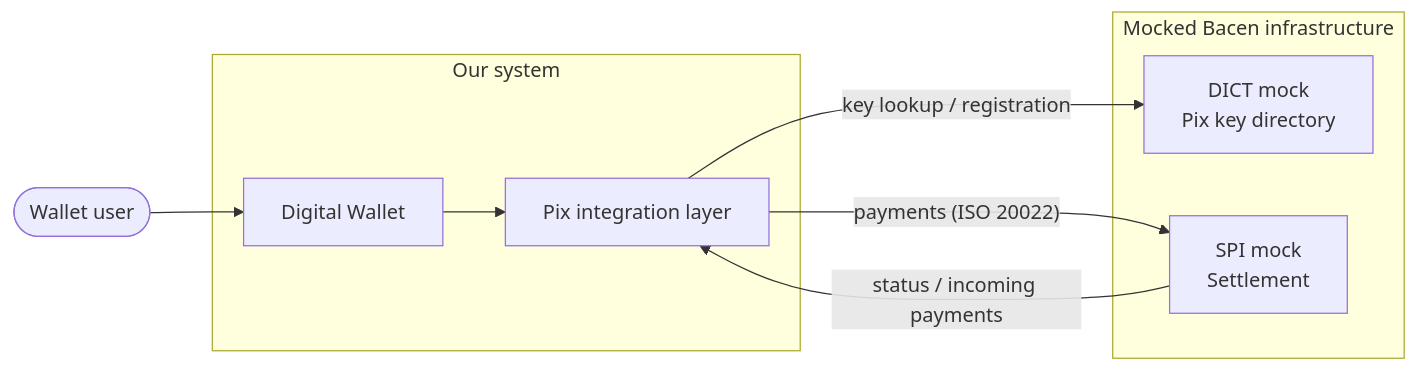
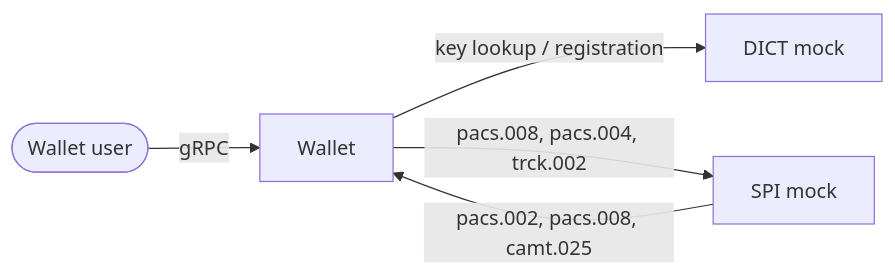
The diagram in README.md (piovani/pix_fake), drawn with Mermaid before and after one commit. The commit also changed other lines of this file and 2 other files, not shown here.

Commit message:
docs: bring the root README and the architecture up to date, trim the guide

````diff
--- a/README.md
+++ b/README.md
@@ -44,19 +13,7 @@
 ```mermaid
 flowchart LR
-    User([Wallet user]) --> Wallet
-
-    subgraph Ours["Our system"]
-        Wallet["Digital Wallet"]
-        PixInt["Pix integration layer"]
-        Wallet --> PixInt
-    end
-
-    subgraph Mocks["Mocked Bacen infrastructure"]
-        DICT["DICT mock<br/>Pix key directory"]
-        SPI["SPI mock<br/>Settlement"]
-    end
-
-    PixInt -- "key lookup / registration" --> DICT
-    PixInt -- "payments (ISO 20022)" --> SPI
-    SPI -- "status / incoming payments" --> PixInt
+    User([Wallet user]) -- gRPC --> Wallet
+    Wallet -- "key lookup / registration" --> DICT["DICT mock"]
+    Wallet -- "pacs.008, pacs.004, trck.002" --> SPI["SPI mock"]
+    SPI -- "pacs.002, pacs.008, camt.025" --> Wallet
 ```
````
